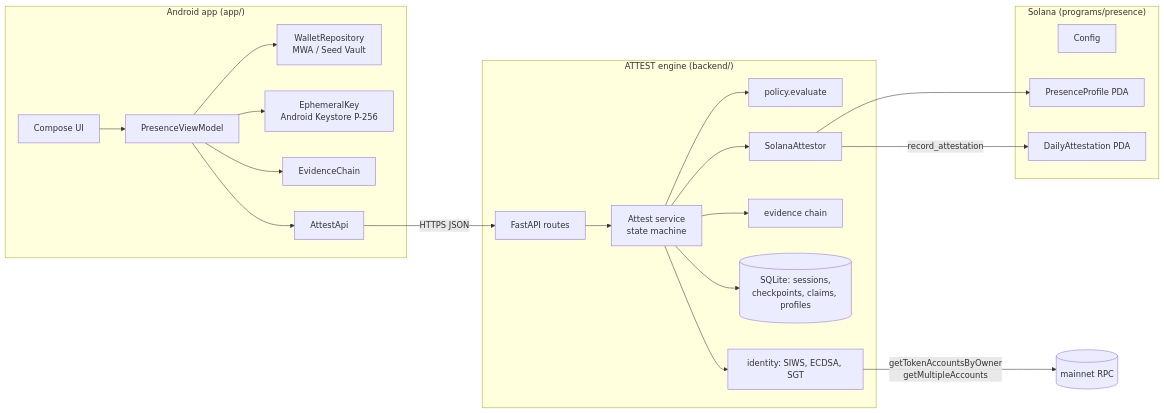
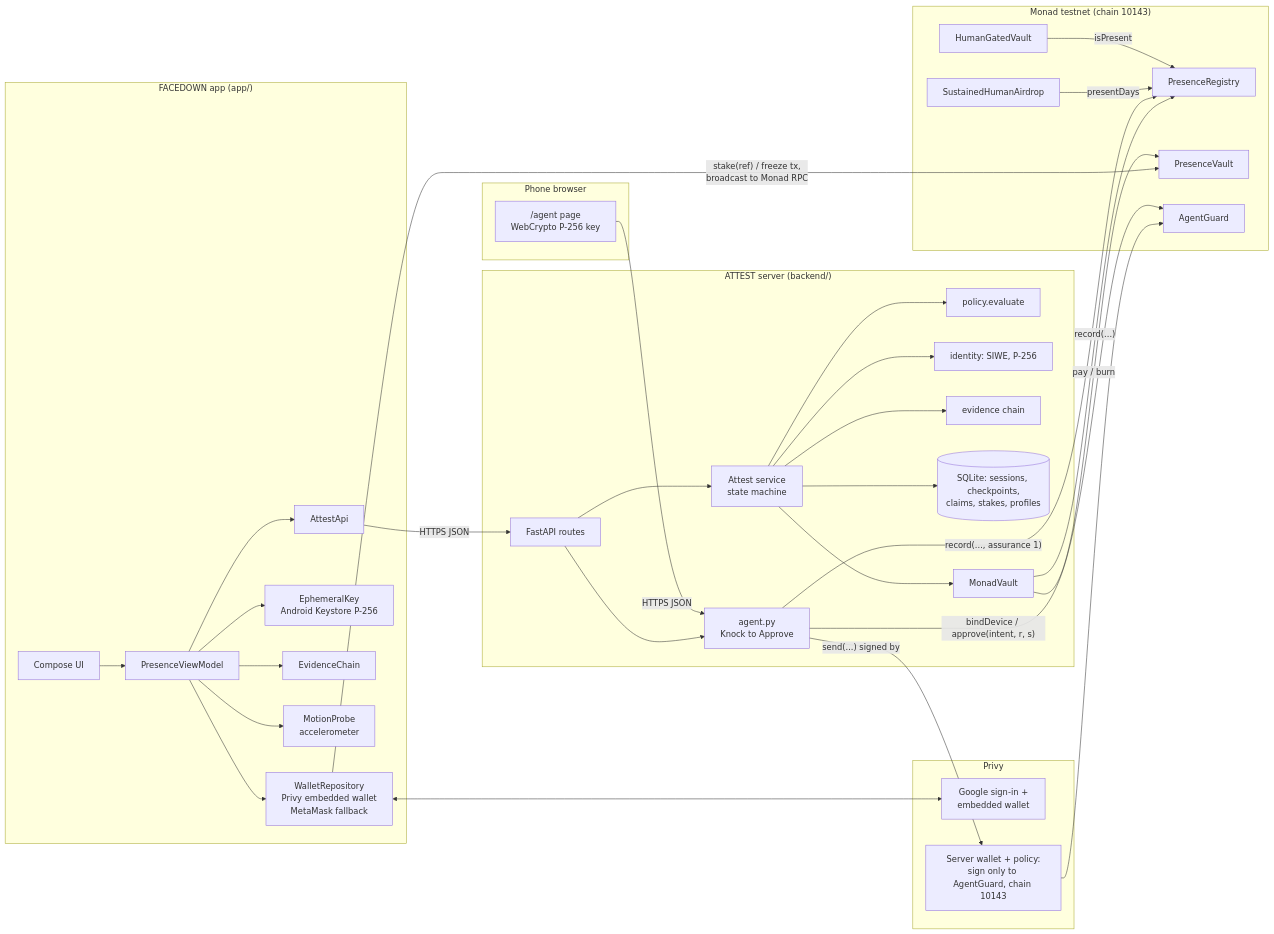
The first of 2 diagrams in docs/architecture.md (notwen123/PRESENCE), drawn with Mermaid before and after one commit. The commit also changed other lines of this file and 31 other files, not shown here.

First line of the commit message:
docs: README, docs and whitepaper fully on Monad + Privy; real Monad screenshots and GIFs

````diff
--- a/docs/architecture.md
+++ b/docs/architecture.md
@@ -5,27 +7,46 @@
 ```mermaid
 flowchart LR
-    subgraph Android["Android app (app/)"]
+    subgraph Android["FACEDOWN app (app/)"]
         UI[Compose UI] --> VM[PresenceViewModel]
-        VM --> W[WalletRepository<br/>MWA / Seed Vault]
+        VM --> W[WalletRepository<br/>Privy embedded wallet<br/>MetaMask fallback]
         VM --> EK[EphemeralKey<br/>Android Keystore P-256]
         VM --> EC[EvidenceChain]
+        VM --> MP[MotionProbe<br/>accelerometer]
         VM --> API[AttestApi]
     end
-    subgraph ATTEST["ATTEST engine (backend/)"]
+    subgraph Browser["Phone browser"]
+        AG["/agent page<br/>WebCrypto P-256 key"]
+    end
+    subgraph ATTEST["ATTEST server (backend/)"]
         R[FastAPI routes] --> S[Attest service<br/>state machine]
         S --> P[policy.evaluate]
-        S --> I[identity: SIWS, ECDSA, SGT]
+        S --> I[identity: SIWE, P-256]
         S --> E[evidence chain]
-        S --> DB[(SQLite: sessions,<br/>checkpoints, claims, profiles)]
-        S --> ST[SolanaAttestor]
+        S --> DB[(SQLite: sessions, checkpoints,<br/>claims, stakes, profiles)]
+        S --> MV[MonadVault]
+        R --> AGT[agent.py<br/>Knock to Approve]
     end
-    subgraph Chain["Solana (programs/presence)"]
-        CFG[Config]
-        PROF[PresenceProfile PDA]
-        ATT[DailyAttestation PDA]
+    subgraph Privy["Privy"]
+        PE[Google sign-in +<br/>embedded wallet]
+        PS[Server wallet + policy:<br/>sign only to AgentGuard, chain 10143]
     end
+    subgraph Monad["Monad testnet (chain 10143)"]
+        REG[PresenceRegistry]
+        VAULT[PresenceVault]
+        GUARD[AgentGuard]
+        AIR[SustainedHumanAirdrop]
+        HGV[HumanGatedVault]
+    end
+    W <--> PE
     API -- HTTPS JSON --> R
-    ST -- record_attestation --> ATT
-    ST --> PROF
-    I -- getTokenAccountsByOwner<br/>getMultipleAccounts --> MAIN[(mainnet RPC)]
+    W -- "stake(ref) / freeze tx,<br/>broadcast to Monad RPC" --> VAULT
+    MV -- "record(...)" --> REG
+    MV -- "pay / burn" --> VAULT
+    AG -- HTTPS JSON --> AGT
+    AGT -- "send(...) signed by" --> PS
+    PS --> GUARD
+    AGT -- "bindDevice / approve(intent, r, s)" --> GUARD
+    AGT -- "record(..., assurance 1)" --> REG
+    AIR -- presentDays --> REG
+    HGV -- isPresent --> REG
 ```
````
